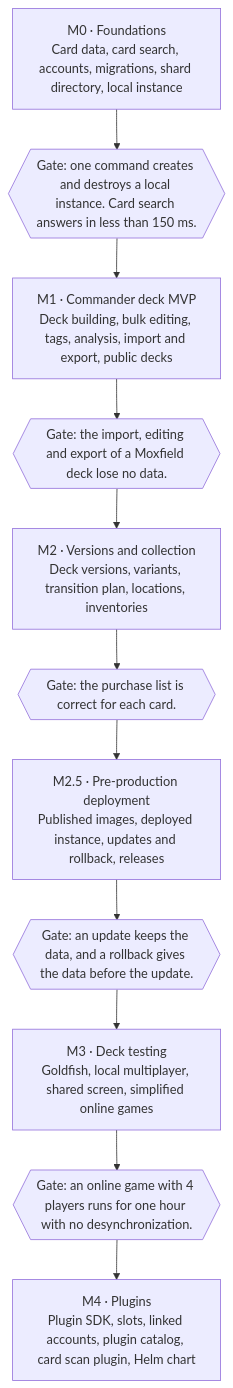
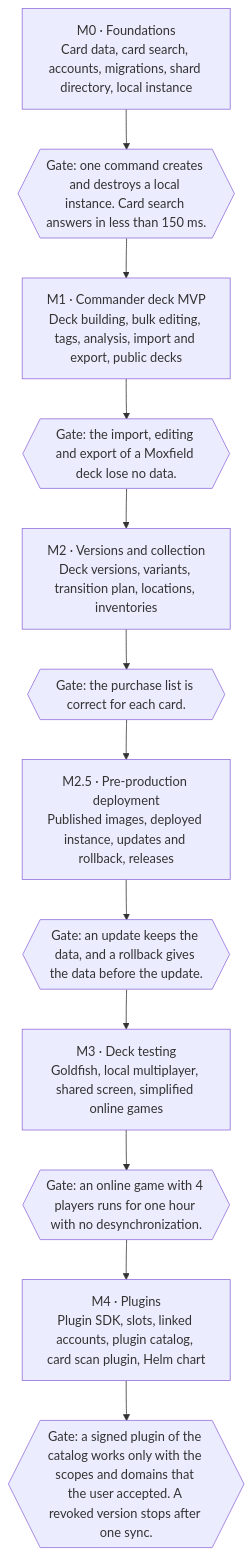
Before and after one commit to nicolas-goyon/Reliquary: the diagram in docs/roadmap.md, drawn with Mermaid. The commit also changed other lines of this file and 13 other files, not shown here.

````diff
--- a/docs/roadmap.md
+++ b/docs/roadmap.md
@@ -18,15 +18,16 @@
 ```mermaid
 flowchart TB
     m0["M0 · Foundations<br/>Card data, card search, accounts, migrations, shard directory, local instance"]
     g0{{"Gate: one command creates and destroys a local instance. Card search answers in less than 150 ms."}}
     m1["M1 · Commander deck MVP<br/>Deck building, bulk editing, tags, analysis, import and export, public decks"]
     g1{{"Gate: the import, editing and export of a Moxfield deck lose no data."}}
     m2["M2 · Versions and collection<br/>Deck versions, variants, transition plan, locations, inventories"]
     g2{{"Gate: the purchase list is correct for each card."}}
     m25["M2.5 · Pre-production deployment<br/>Published images, deployed instance, updates and rollback, releases"]
     g25{{"Gate: an update keeps the data, and a rollback gives the data before the update."}}
     m3["M3 · Deck testing<br/>Goldfish, local multiplayer, shared screen, simplified online games"]
     g3{{"Gate: an online game with 4 players runs for one hour with no desynchronization."}}
     m4["M4 · Plugins<br/>Plugin SDK, slots, linked accounts, plugin catalog, card scan plugin, Helm chart"]
-    m0 --> g0 --> m1 --> g1 --> m2 --> g2 --> m25 --> g25 --> m3 --> g3 --> m4
+    g4{{"Gate: a signed plugin of the catalog works only with the scopes and domains that the user accepted. A revoked version stops after one sync."}}
+    m0 --> g0 --> m1 --> g1 --> m2 --> g2 --> m25 --> g25 --> m3 --> g3 --> m4 --> g4
 ```
````
